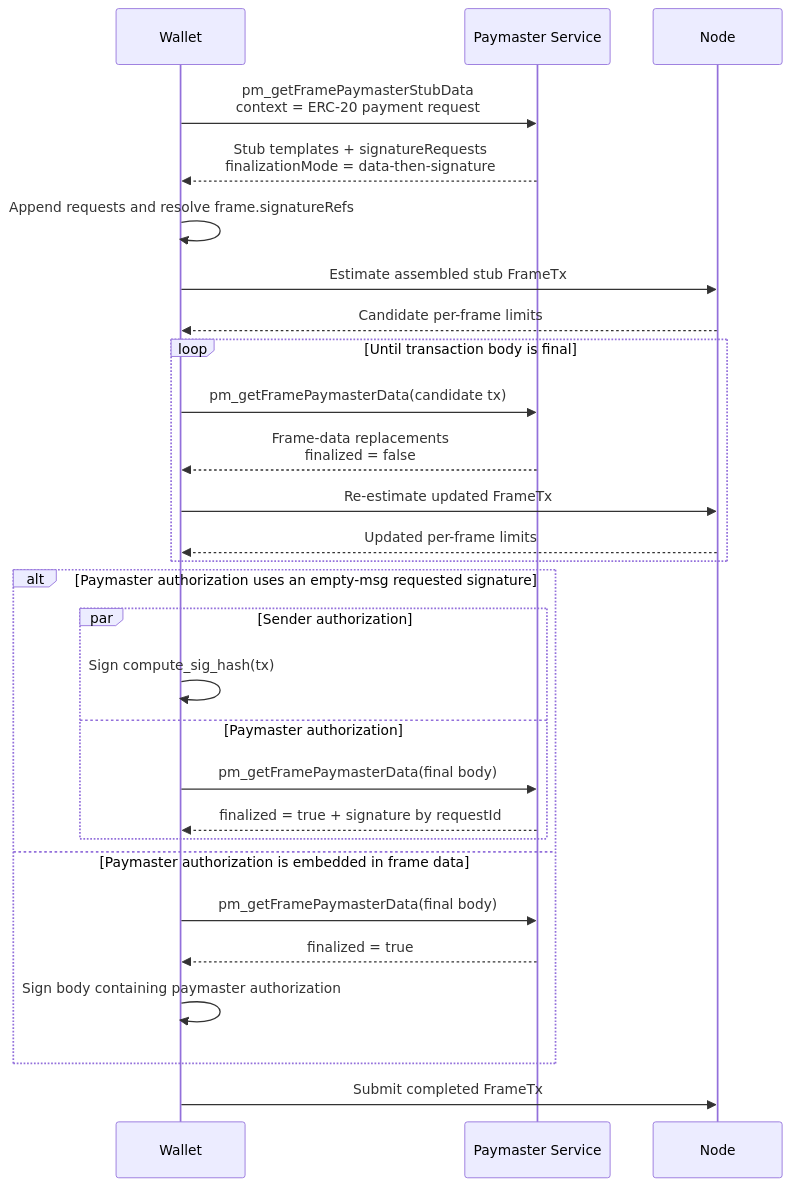
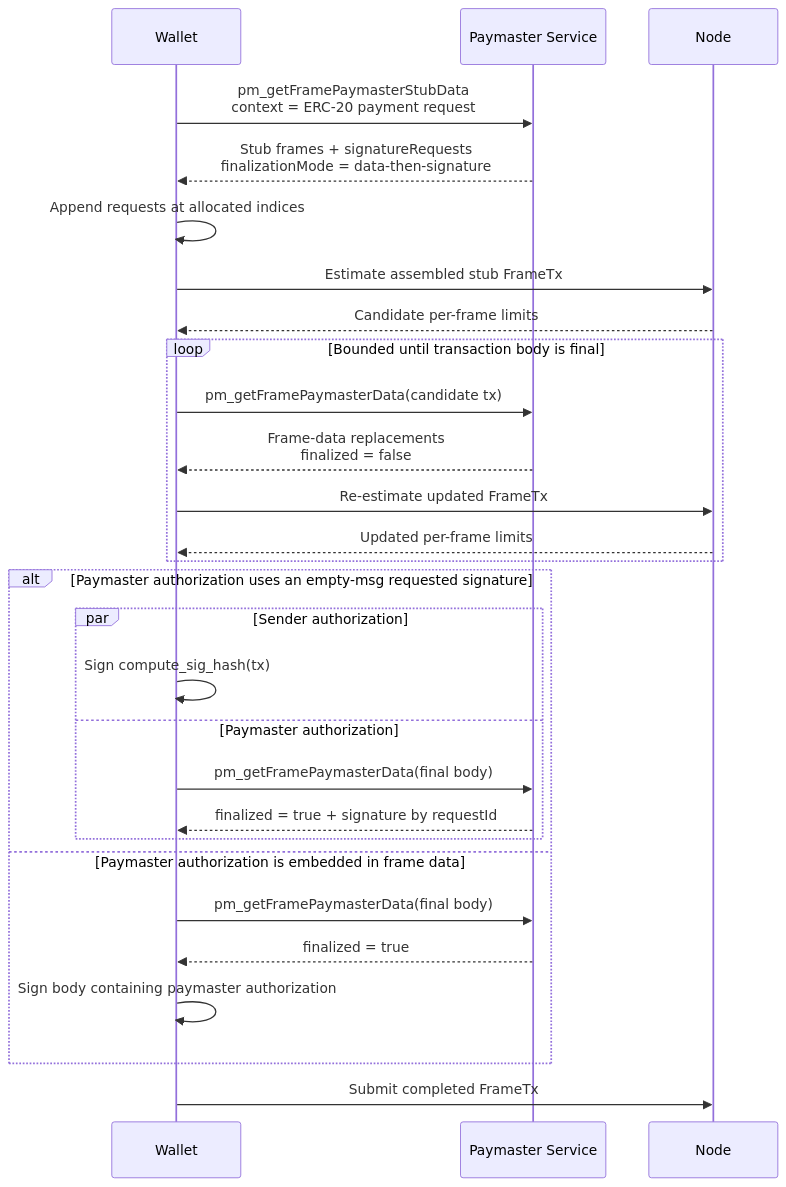
Before and after one commit to leekt/EIPs: the fourth of 4 diagrams in EIPS/eip-draft_frame-paymaster-service.md, drawn with Mermaid. The commit also changed other lines of this file, not shown here.

Commit message:
docs: recast frame paymaster service as ERC-7677 extension

````diff
--- a/EIPS/eip-draft_frame-paymaster-service.md
+++ b/EIPS/eip-draft_frame-paymaster-service.md
@@ -310,34 +353,34 @@
 ```mermaid
 sequenceDiagram
     participant W as Wallet
     participant P as Paymaster Service
     participant N as Node
 
     W->>P: pm_getFramePaymasterStubData<br/>context = ERC-20 payment request
-    P-->>W: Stub templates + signatureRequests<br/>finalizationMode = data-then-signature
-    W->>W: Append requests and resolve frame.signatureRefs
+    P-->>W: Stub frames + signatureRequests<br/>finalizationMode = data-then-signature
+    W->>W: Append requests at allocated indices
     W->>N: Estimate assembled stub FrameTx
     N-->>W: Candidate per-frame limits
 
-    loop Until transaction body is final
+    loop Bounded until transaction body is final
         W->>P: pm_getFramePaymasterData(candidate tx)
         P-->>W: Frame-data replacements<br/>finalized = false
         W->>N: Re-estimate updated FrameTx
         N-->>W: Updated per-frame limits
     end
 
     alt Paymaster authorization uses an empty-msg requested signature
         par Sender authorization
             W->>W: Sign compute_sig_hash(tx)
         and Paymaster authorization
             W->>P: pm_getFramePaymasterData(final body)
             P-->>W: finalized = true + signature by requestId
         end
     else Paymaster authorization is embedded in frame data
         W->>P: pm_getFramePaymasterData(final body)
         P-->>W: finalized = true
         W->>W: Sign body containing paymaster authorization
     end
 
     W->>N: Submit completed FrameTx
 ```
````
